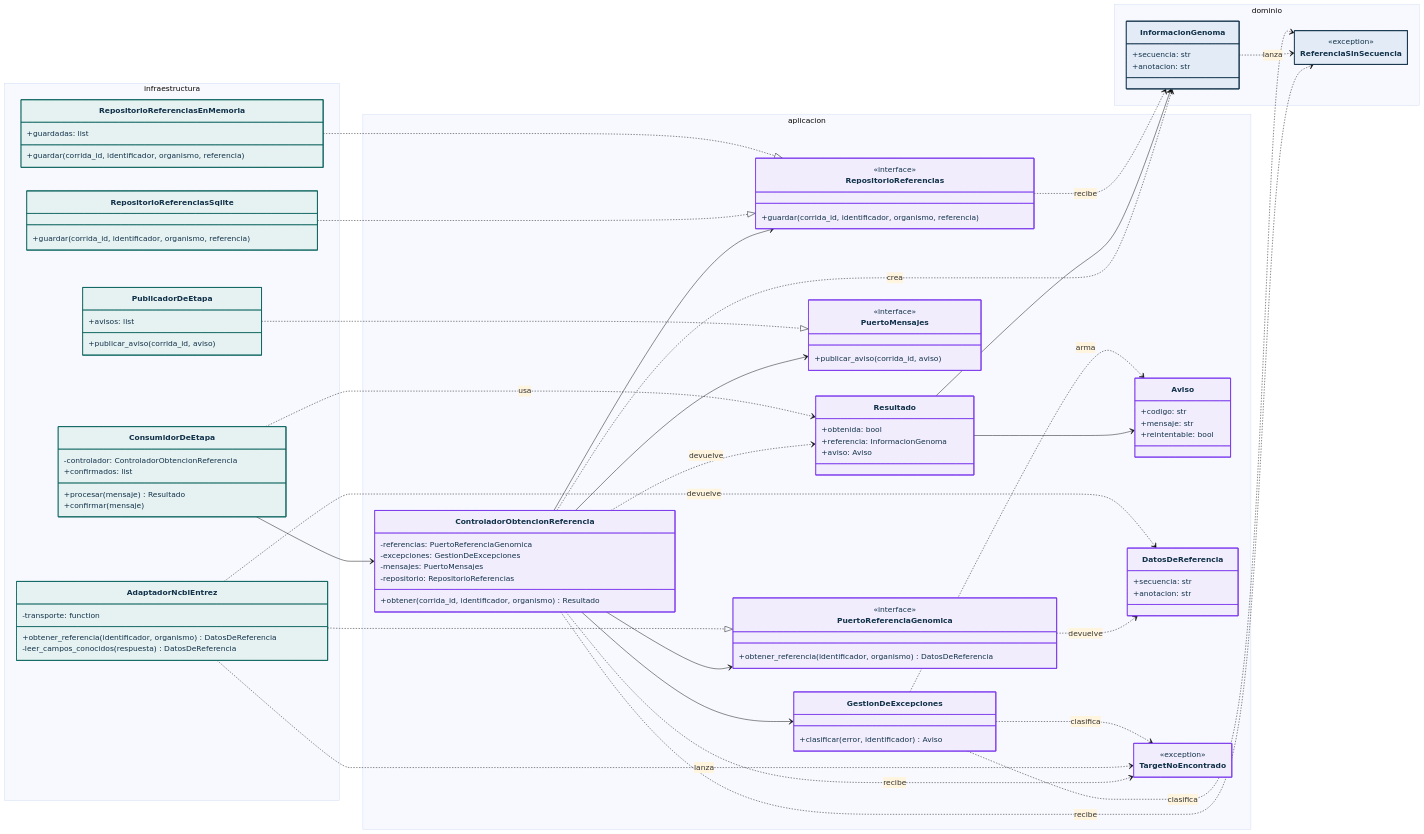
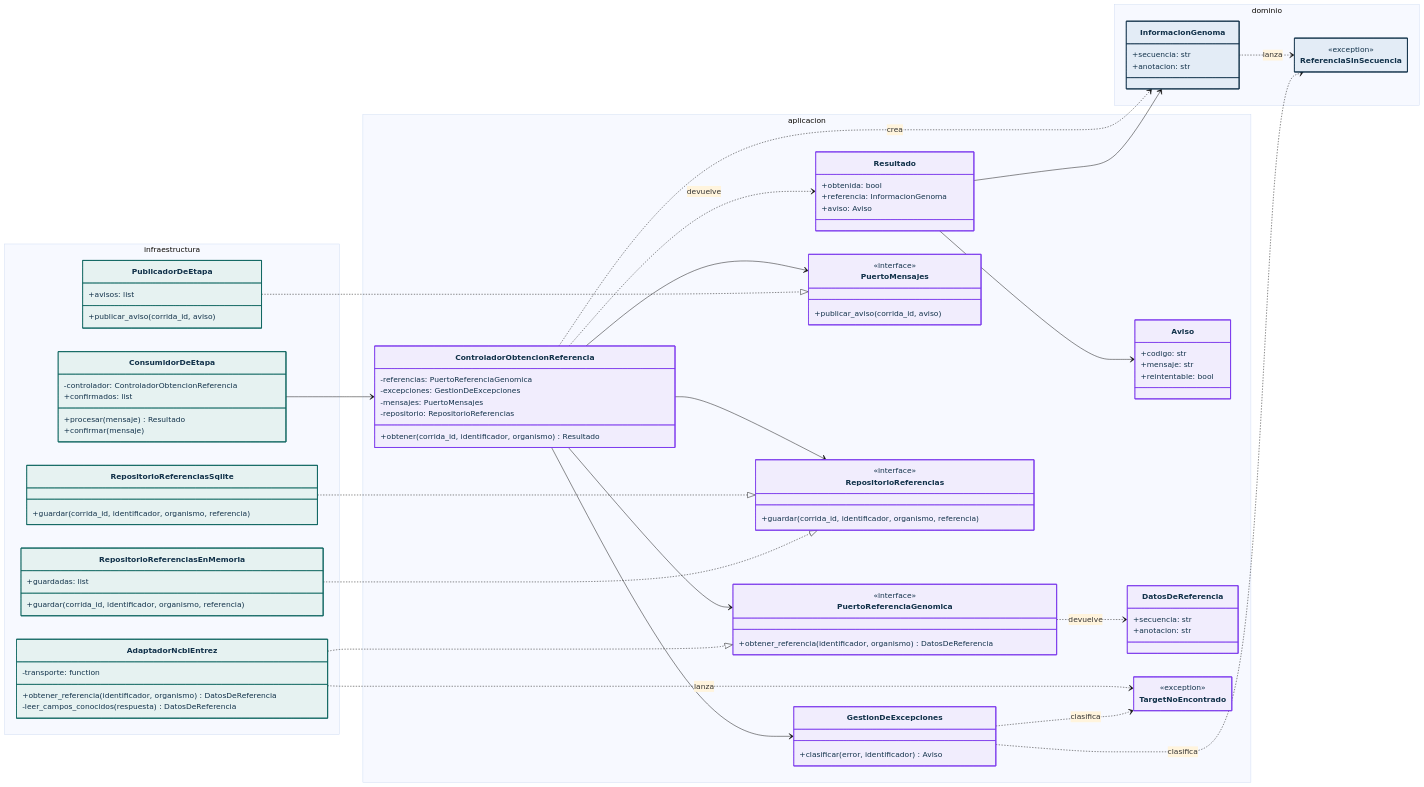
One commit to MatiasRiosMR/PrimerCraft-Pro-2026 changed the fourth of 4 diagrams in docs/design/diseno-detallado.md. Above: the diagram before and after it, drawn with Mermaid. The commit also changed other lines of this file, not shown here.

Commit message:
docs(tp4): ordeno el diagrama de clases quitando las líneas de tipos que ya figuran en las firmas

```diff
--- a/docs/design/diseno-detallado.md
+++ b/docs/design/diseno-detallado.md
@@ -495,9 +495,6 @@
     ControladorObtencionReferencia --> GestionDeExcepciones
     ControladorObtencionReferencia ..> InformacionGenoma : crea
     ControladorObtencionReferencia ..> Resultado : devuelve
-    ControladorObtencionReferencia ..> TargetNoEncontrado : recibe
-    ControladorObtencionReferencia ..> ReferenciaSinSecuencia : recibe
-    ConsumidorDeEtapa ..> Resultado : usa
     Resultado --> InformacionGenoma
     Resultado --> Aviso
     PuertoReferenciaGenomica ..> DatosDeReferencia : devuelve
@@ -505,11 +502,8 @@
     PublicadorDeEtapa ..|> PuertoMensajes
     RepositorioReferenciasSqlite ..|> RepositorioReferencias
     RepositorioReferenciasEnMemoria ..|> RepositorioReferencias
-    RepositorioReferencias ..> InformacionGenoma : recibe
-    AdaptadorNcbiEntrez ..> DatosDeReferencia : devuelve
     AdaptadorNcbiEntrez ..> TargetNoEncontrado : lanza
     InformacionGenoma ..> ReferenciaSinSecuencia : lanza
-    GestionDeExcepciones ..> Aviso : arma
     GestionDeExcepciones ..> TargetNoEncontrado : clasifica
     GestionDeExcepciones ..> ReferenciaSinSecuencia : clasifica
     classDef capaDominio fill:#e3ecf6,stroke:#12324a,stroke-width:1.5px,color:#12324a
```
